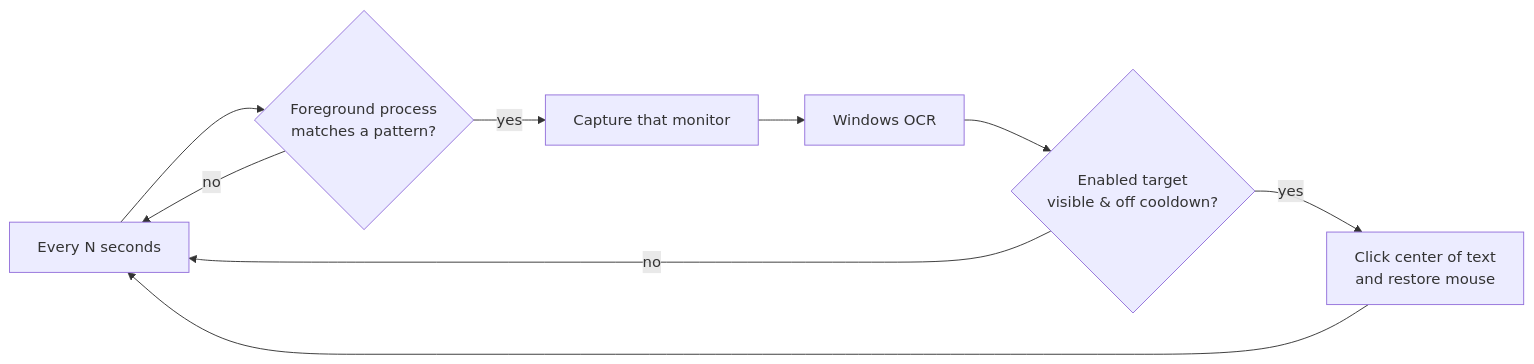
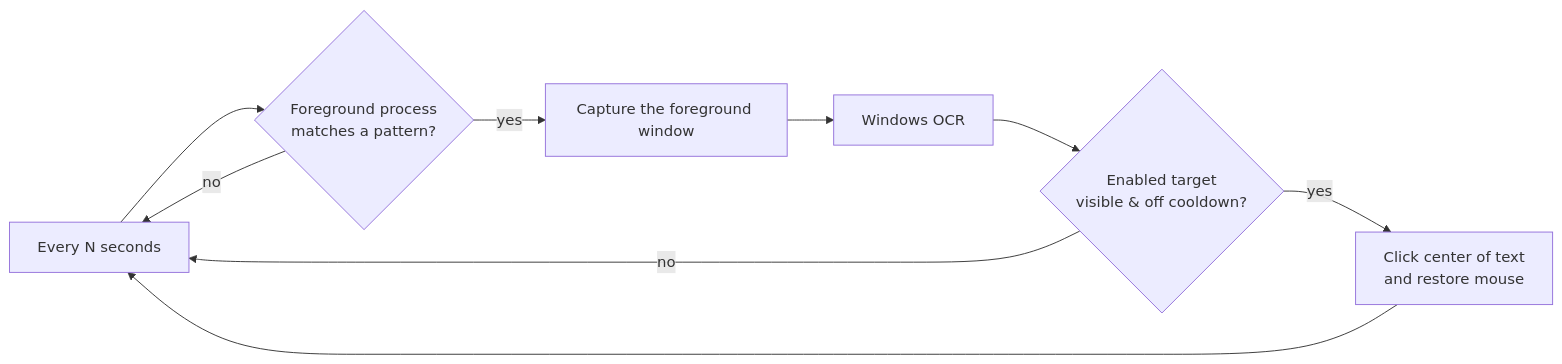
One commit to soelvberg/screen-clicker changed the diagram in README.md. Above: the diagram before and after it, drawn with Mermaid. The commit also changed other lines of this file and 6 other files, not shown here.

Commit message:
Only scan/click inside the foreground window; detect own terminal window by handle (v0.1.3)

````diff
--- a/README.md
+++ b/README.md
@@ -30,10 +30,10 @@
 ```mermaid
 flowchart LR
     A[Every N seconds] --> B{Foreground process<br/>matches a pattern?}
     B -- no --> A
-    B -- yes --> C[Capture that monitor]
+    B -- yes --> C[Capture the foreground window]
     C --> D[Windows OCR]
     D --> E{Enabled target<br/>visible & off cooldown?}
     E -- no --> A
     E -- yes --> F[Click center of text<br/>and restore mouse] --> A
 ```
````
